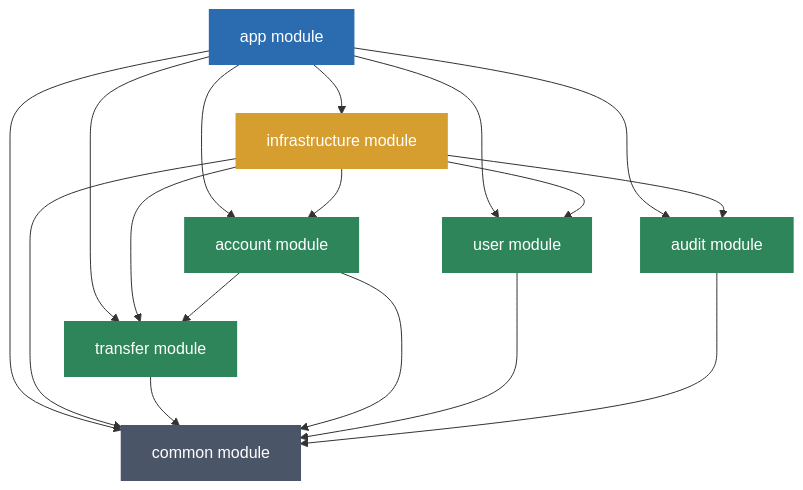
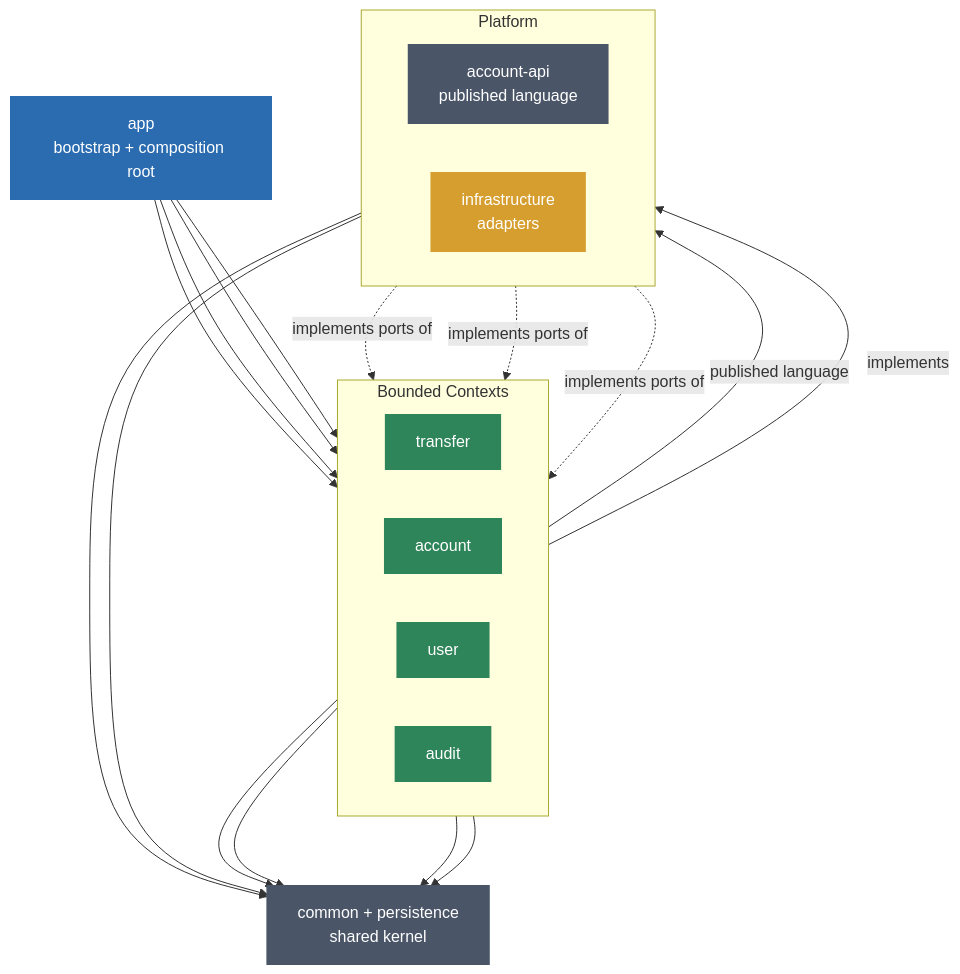
Before and after one commit to BerkanApaydin/core-banking: the diagram in readme.md, drawn with Mermaid. The commit also changed other lines of this file and 258 other files, not shown here.

````diff
--- a/readme.md
+++ b/readme.md
@@ -46,22 +54,34 @@
 ```mermaid
-graph TD
-    classDef appClass fill:#2B6CB0,stroke:#2B6CB0,color:#fff,stroke-width:2px;
-    classDef domainClass fill:#2F855A,stroke:#2F855A,color:#fff,stroke-width:2px;
-    classDef infraClass fill:#D69E2E,stroke:#D69E2E,color:#fff,stroke-width:2px;
-    classDef commonClass fill:#4A5568,stroke:#4A5568,color:#fff,stroke-width:2px;
+%%{init: {'flowchart': {'rankSpacing': 70, 'nodeSpacing': 50, 'curve': 'basis'}}}%%
+graph TB
+    classDef boot fill:#2B6CB0,stroke:#2B6CB0,color:#fff,stroke-width:2px;
+    classDef ctx fill:#2F855A,stroke:#2F855A,color:#fff,stroke-width:2px;
+    classDef plat fill:#4A5568,stroke:#4A5568,color:#fff,stroke-width:2px;
+    classDef infraC fill:#D69E2E,stroke:#D69E2E,color:#fff,stroke-width:2px;
 
-    app[app module]:::appClass
-    transfer[transfer module]:::domainClass
-    account[account module]:::domainClass
-    audit[audit module]:::domainClass
-    user[user module]:::domainClass
-    infra[infrastructure module]:::infraClass
-    common[common module]:::commonClass
+    app[app<br/>bootstrap + composition root]:::boot
 
-    app --> transfer & account & audit & user & infra & common
-    infra --> account & transfer & user & audit & common
-    transfer --> common
-    account --> transfer & common
-    user --> common
-    audit --> common
+    subgraph contexts[Bounded Contexts]
+        direction LR
+        transfer[transfer]:::ctx
+        account[account]:::ctx
+        user[user]:::ctx
+        audit[audit]:::ctx
+    end
+
+    subgraph platform[Platform]
+        direction LR
+        api[account-api<br/>published language]:::plat
+        infra[infrastructure<br/>adapters]:::infraC
+    end
+
+    shared[common + persistence<br/>shared kernel]:::plat
+
+    app --> transfer & account & user & audit
+    transfer -- published language --> api
+    account -- implements --> api
+    transfer & account & user & audit --> shared
+    api --> shared
+    infra --> shared
+    infra -. implements ports of .-> transfer & user & audit
 ```
````
